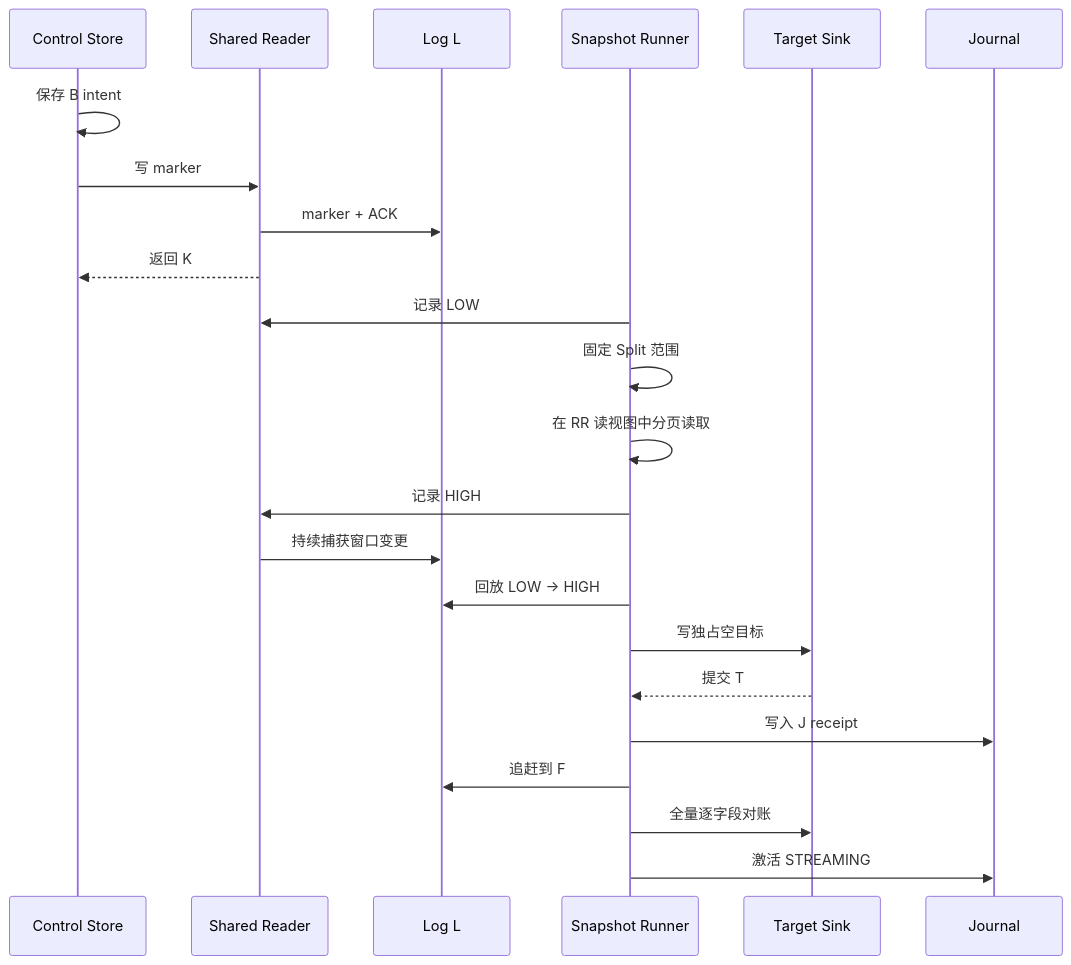
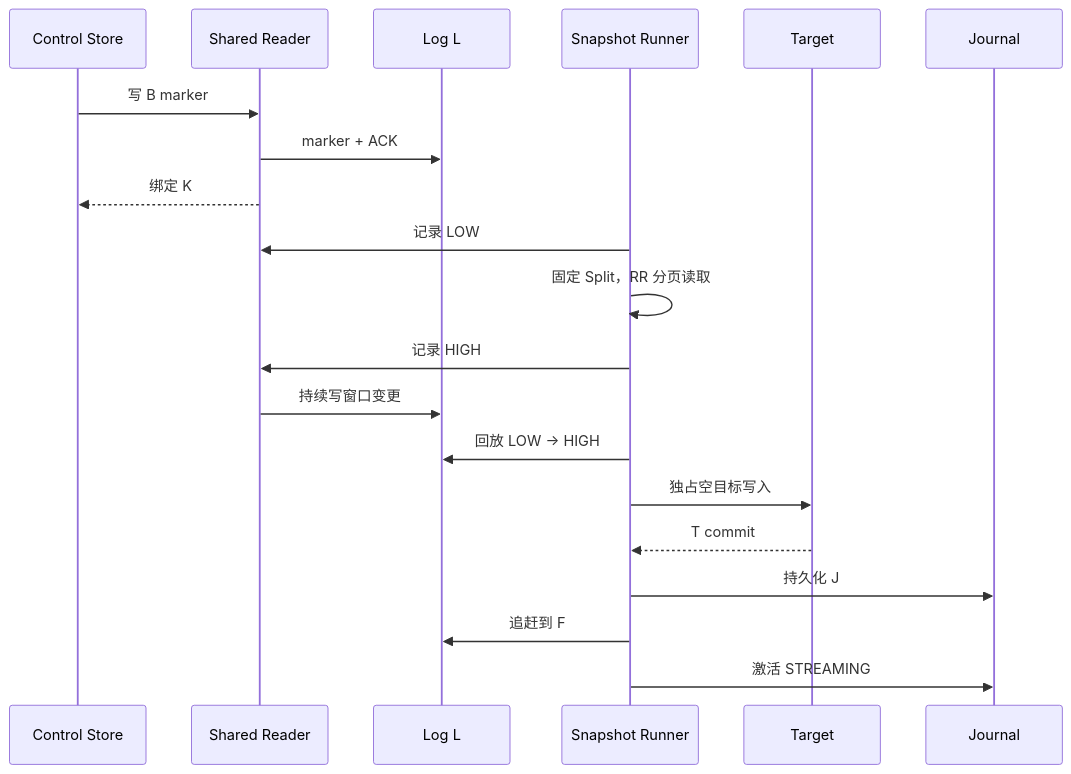
Before and after one commit to Xuxiaotuan/Xuxiaotuan.github.io: the second of 2 diagrams in _posts/pekko/2026-10-18-pekko-cdc-2-recovery-contract.md, drawn with Mermaid. The commit also changed other lines of this file and 4 other files, not shown here.

````diff
--- a/_posts/pekko/2026-10-18-pekko-cdc-2-recovery-contract.md
+++ b/_posts/pekko/2026-10-18-pekko-cdc-2-recovery-contract.md
@@ -77,29 +55,23 @@
 ```mermaid
 sequenceDiagram
     participant C as Control Store
     participant R as Shared Reader
     participant L as Log L
     participant S as Snapshot Runner
-    participant T as Target Sink
+    participant T as Target
     participant J as Journal
 
-    C->>C: 保存 B intent
-    C->>R: 写 marker
+    C->>R: 写 B marker
     R->>L: marker + ACK
-    R-->>C: 返回 K
-
+    R-->>C: 绑定 K
     S->>R: 记录 LOW
-    S->>S: 固定 Split 范围
-    S->>S: 在 RR 读视图中分页读取
+    S->>S: 固定 Split，RR 分页读取
     S->>R: 记录 HIGH
-
-    R->>L: 持续捕获窗口变更
+    R->>L: 持续写窗口变更
     S->>L: 回放 LOW → HIGH
-    S->>T: 写独占空目标
-    T-->>S: 提交 T
-    S->>J: 写入 J receipt
-
+    S->>T: 独占空目标写入
+    T-->>S: T commit
+    S->>J: 持久化 J
     S->>L: 追赶到 F
-    S->>T: 全量逐字段对账
     S->>J: 激活 STREAMING
 ```
````
